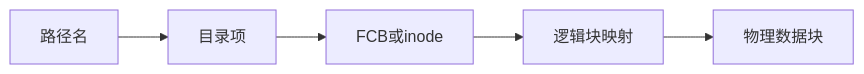
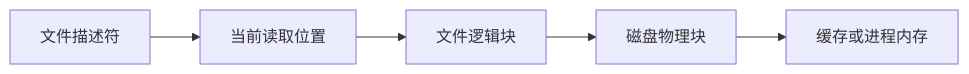
The second of 2 diagrams in 01_综合知识/01_计算机系统基础知识/02_操作系统/文件与文件系统.md (74262195/system-architect-notes), drawn with Mermaid before and after one commit. The commit also changed other lines of this file, not shown here.

````diff
--- a/01_综合知识/01_计算机系统基础知识/02_操作系统/文件与文件系统.md
+++ b/01_综合知识/01_计算机系统基础知识/02_操作系统/文件与文件系统.md
@@ -41,7 +64,7 @@
-~~~mermaid
+```mermaid
 flowchart LR
-    A[路径名] --> B[目录项]
-    B --> C[FCB或inode]
-    C --> D[逻辑块映射]
-    D --> E[物理数据块]
-~~~
+    A["文件描述符"] --> B["当前读取位置"]
+    B --> C["文件逻辑块"]
+    C --> D["磁盘物理块"]
+    D --> E["缓存或进程内存"]
+```
````
